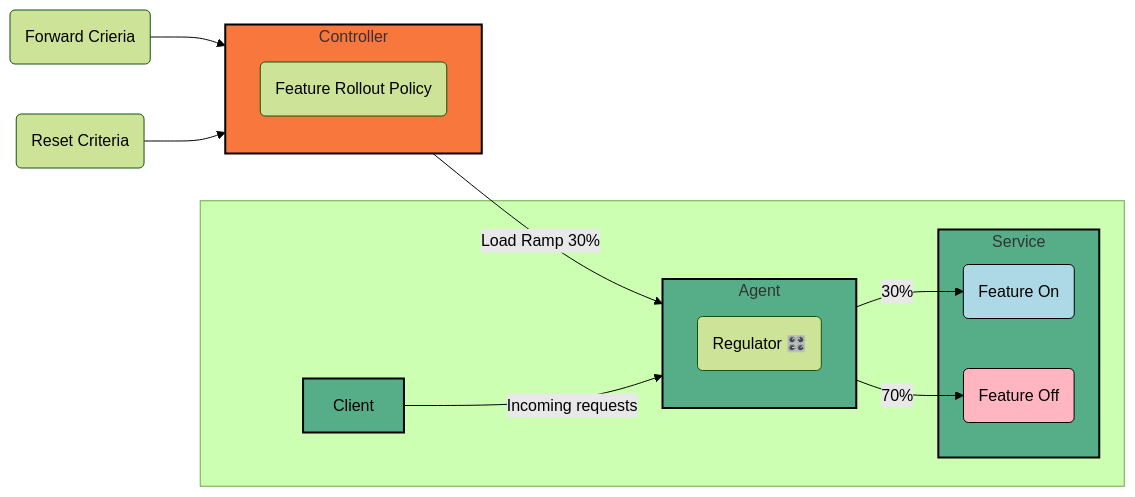
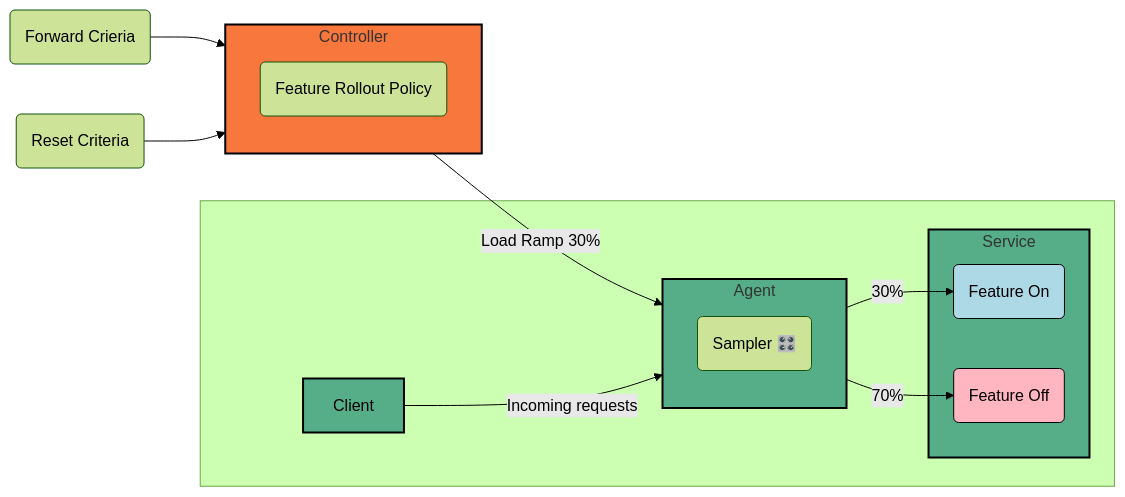
The diagram in docs/content/use-cases/assets/feature-rollout.mmd (dataongunlaws/aperture), drawn with Mermaid (forest theme) before and after one commit. The commit also changed 102 other files, not shown here.

First line of the commit message:
Rename Regulator to Sampler (#2140)

```diff
--- a/docs/content/use-cases/assets/feature-rollout.mmd
+++ b/docs/content/use-cases/assets/feature-rollout.mmd
@@ -1,37 +1,37 @@
 flowchart LR
 
 classDef Controller fill:#F8773D,stroke:#000000,stroke-width:2px;
 classDef Agent fill:#56AE89,stroke:#000000,stroke-width:2px;
 classDef Signal fill:#EFEEED,stroke:#000000,stroke-width:1px;
 classDef Service fill:#56AE89,stroke:#000000,stroke-width:2px;
 classDef On fill:#add8e6,stroke:#000000,stroke-width:1px;
 classDef Off fill:#ffb6c1,stroke:#000000,stroke-width:1px;
 
 Forward("Forward Crieria") --> Controller
 
 Reset("Reset Criteria") --> Controller
 
 subgraph "Controller"
   policy("Feature Rollout Policy")
 end
 
 Controller -- "Load Ramp 30%" --> Agent
 class Controller Controller
 
 subgraph " "
 Client -- "Incoming requests" --> Agent
 class Agent Agent
 class Client Service
   subgraph "Agent"
-		Reg("Regulator 🎛️")
+		Reg("Sampler 🎛️")
   end
   subgraph "Service"
     On("Feature On")
     class On On
     Off("Feature Off")
     class Off Off
   end
 	class Service Service
   Agent -- "30%" --> On
   Agent -- "70%" --> Off
 end
```
